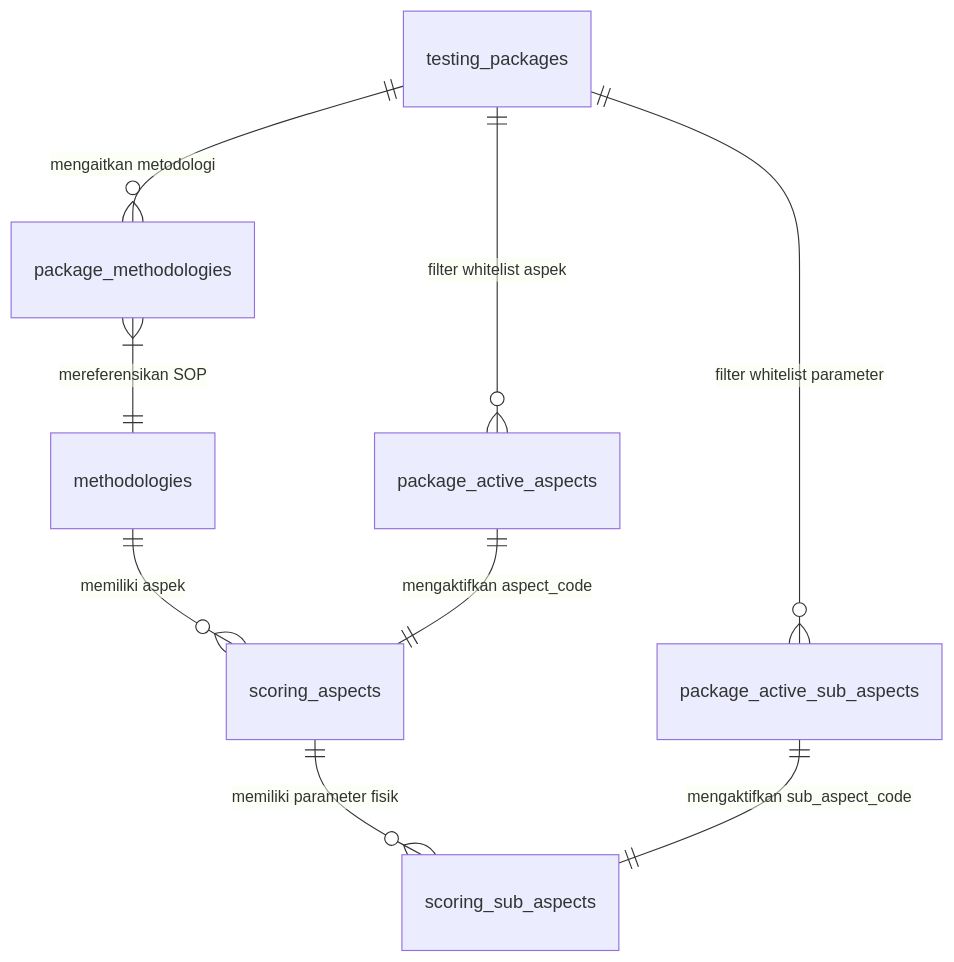
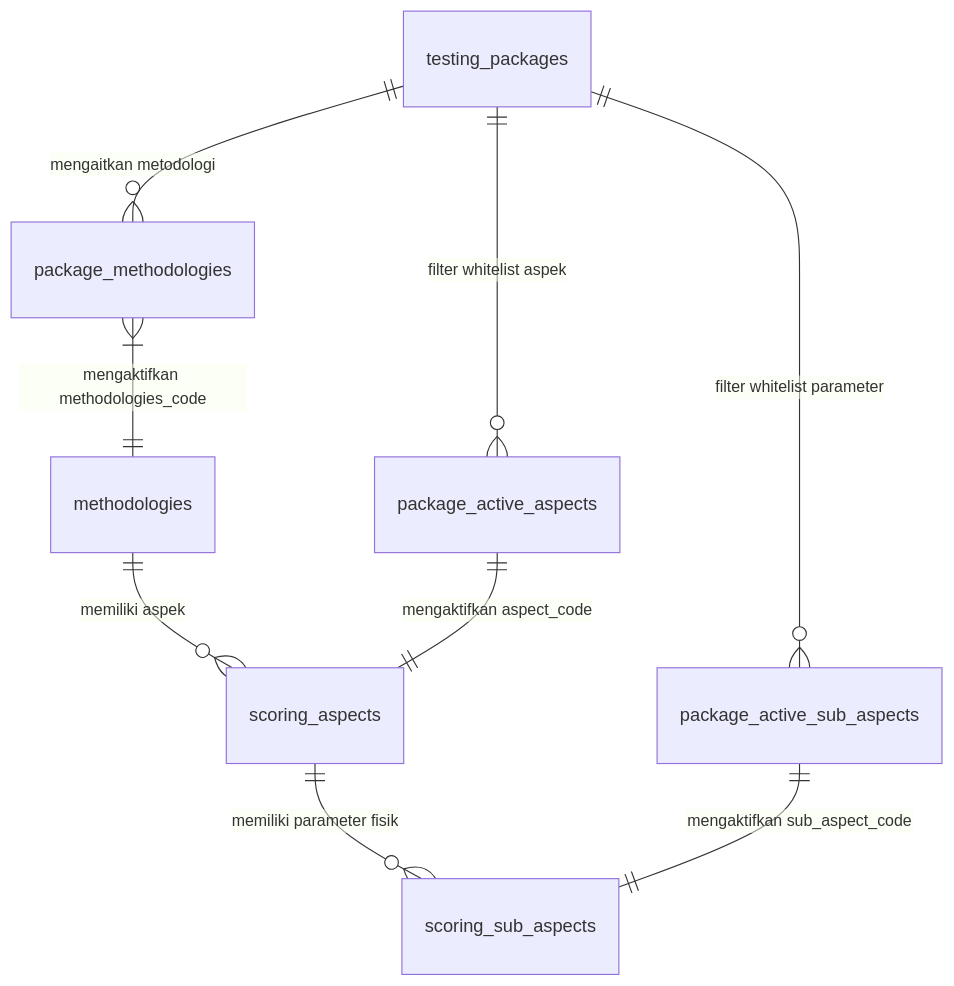
Before and after one commit to nurkholim15-bot/lims: the third of 6 diagrams in brd_lims.md, drawn with Mermaid. The commit also changed other lines of this file and 36 other files, not shown here.

````diff
--- a/brd_lims.md
+++ b/brd_lims.md
@@ -138,13 +138,13 @@
 ```mermaid
 erDiagram
     testing_packages ||--o{ package_methodologies : "mengaitkan metodologi"
-    package_methodologies }|--|| methodologies : "mereferensikan SOP"
+    package_methodologies }|--|| methodologies : "mengaktifkan methodologies_code"
     methodologies ||--o{ scoring_aspects : "memiliki aspek"
     scoring_aspects ||--o{ scoring_sub_aspects : "memiliki parameter fisik"
 
     testing_packages ||--o{ package_active_aspects : "filter whitelist aspek"
     package_active_aspects ||--|| scoring_aspects : "mengaktifkan aspect_code"
 
     testing_packages ||--o{ package_active_sub_aspects : "filter whitelist parameter"
     package_active_sub_aspects ||--|| scoring_sub_aspects : "mengaktifkan sub_aspect_code"
 ```
````
